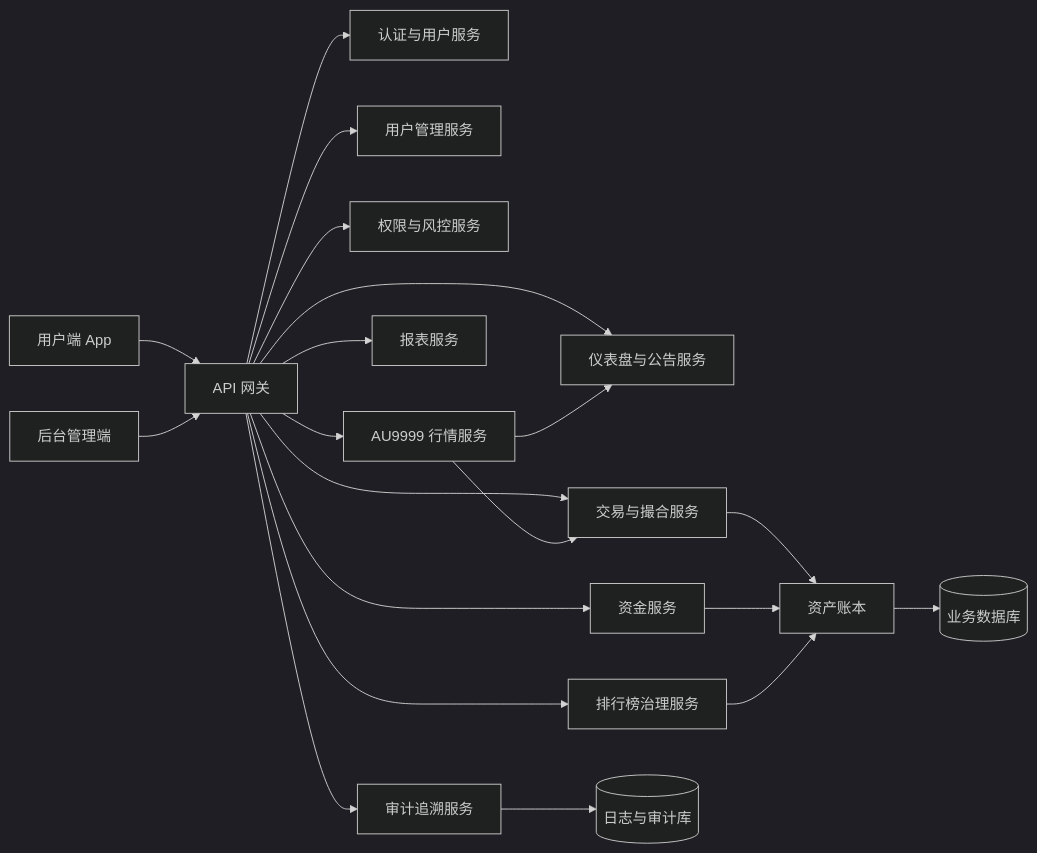
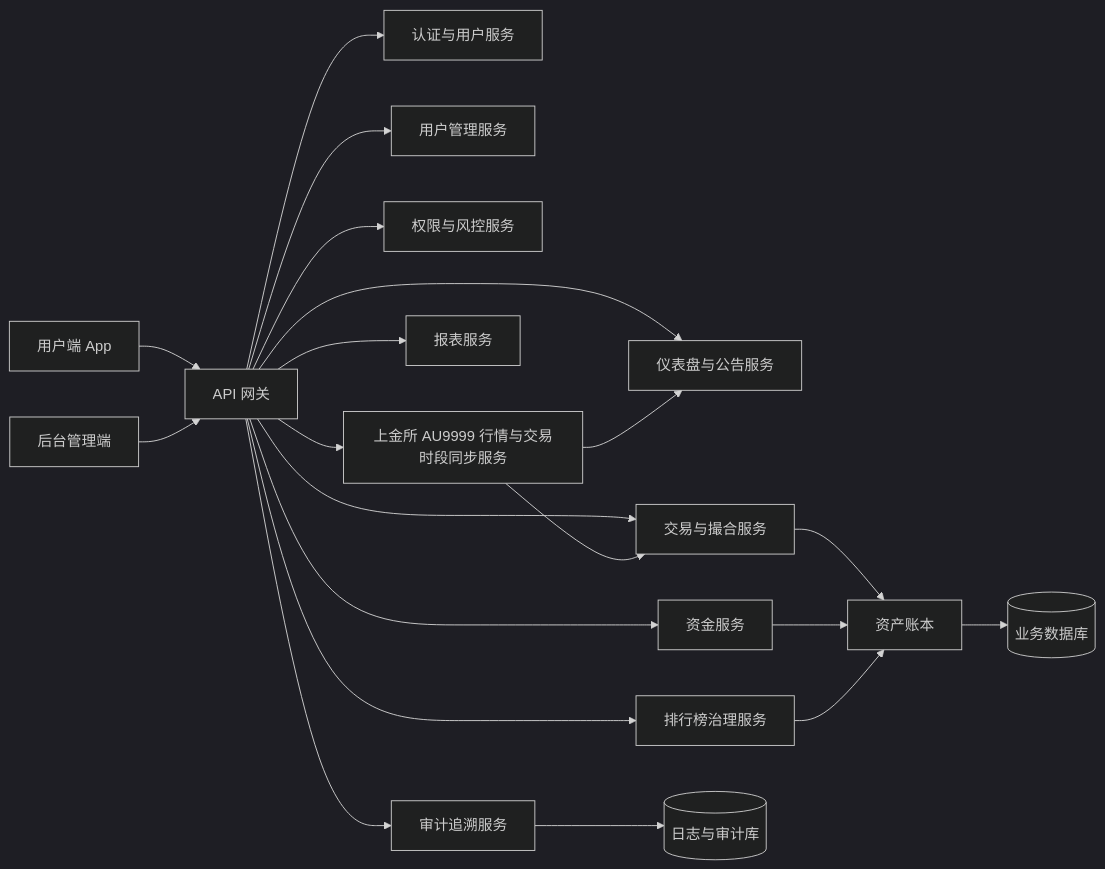
Before and after one commit to duckfunny233/gold-value-added: the diagram in docs/02-系统架构（前台+后台+账本）.md, drawn with Mermaid (dark theme). The commit also changed other lines of this file and 110 other files, not shown here.

````diff
--- a/docs/02-系统架构（前台+后台+账本）.md
+++ b/docs/02-系统架构（前台+后台+账本）.md
@@ -9,22 +9,22 @@
 ```mermaid
 flowchart LR
   U["用户端 App"] --> G["API 网关"]
   A["后台管理端"] --> G
   G --> AUTH["认证与用户服务"]
   G --> DASH["仪表盘与公告服务"]
   G --> USER["用户管理服务"]
   G --> TRADE["交易与撮合服务"]
   G --> FUND["资金服务"]
   G --> RANK["排行榜治理服务"]
   G --> RISK["权限与风控服务"]
   G --> AUDIT["审计追溯服务"]
   G --> REPORT["报表服务"]
-  G --> MARKET["AU9999 行情服务"]
+  G --> MARKET["上金所 AU9999 行情与交易时段同步服务"]
   TRADE --> LEDGER["资产账本"]
   FUND --> LEDGER
   MARKET --> TRADE
   MARKET --> DASH
   RANK --> LEDGER
   AUDIT --> LOG[("日志与审计库")]
   LEDGER --> DB[("业务数据库")]
 ```
````
